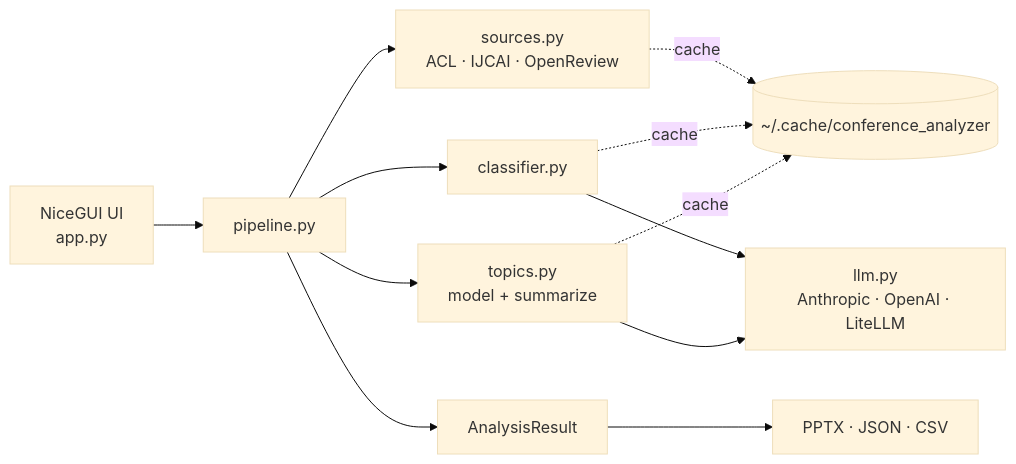
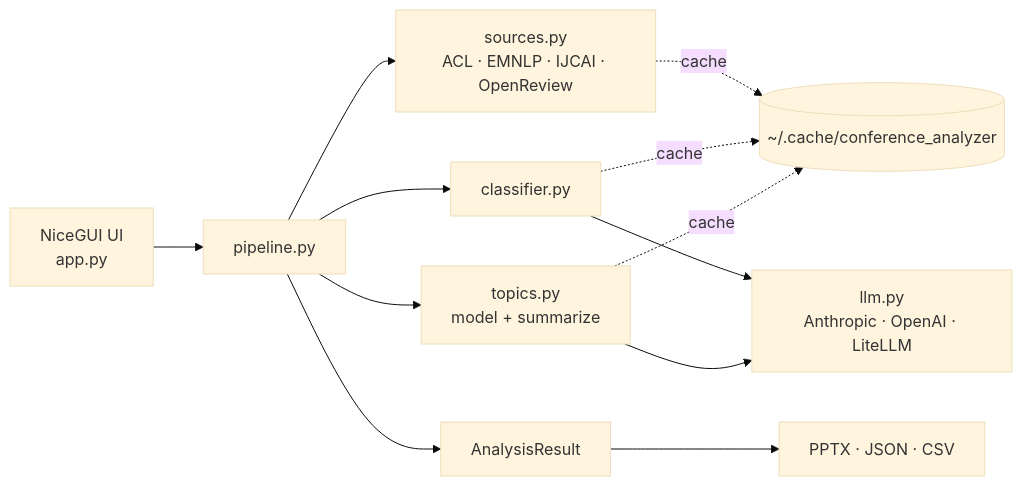
The diagram in README.md (picaultj/conflens), drawn with Mermaid (base theme) before and after one commit. The commit also changed other lines of this file and 3 other files, not shown here.

First line of the commit message:
Add EMNLP source (ACL Anthology)

````diff
--- a/README.md
+++ b/README.md
@@ -105,13 +106,13 @@
 ```mermaid
 flowchart LR
     UI["NiceGUI UI<br/>app.py"] --> PIPE["pipeline.py"]
-    PIPE --> SRC["sources.py<br/>ACL · IJCAI · OpenReview"]
+    PIPE --> SRC["sources.py<br/>ACL · EMNLP · IJCAI · OpenReview"]
     PIPE --> CLS["classifier.py"]
     PIPE --> TOP["topics.py<br/>model + summarize"]
     CLS --> LLM["llm.py<br/>Anthropic · OpenAI · LiteLLM"]
     TOP --> LLM
     PIPE --> RES["AnalysisResult"] --> EXP["PPTX · JSON · CSV"]
     SRC -. cache .-> CACHE[("~/.cache/conference_analyzer")]
     CLS -. cache .-> CACHE
     TOP -. cache .-> CACHE
 ```
````
